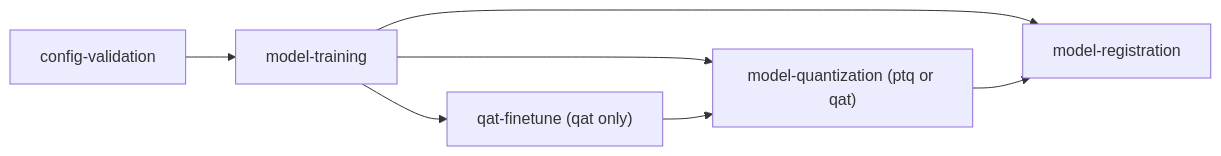
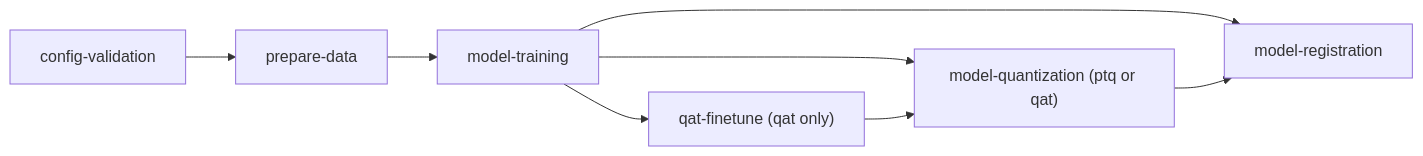
One commit to novelcore/yolo-pipelines-template changed the diagram in docs/index.md. Above: the diagram before and after it, drawn with Mermaid. The commit also changed other lines of this file and 96 other files, not shown here.

First line of the commit message:
feat!: the yolo template on the step contract; prepare-data writes the first dataset (PRD kaos#1911 F-06, F-14)

````diff
--- a/docs/index.md
+++ b/docs/index.md
@@ -26,9 +26,10 @@
 ```mermaid
 graph LR
-    A["config-validation"] --> C["model-training"]
+    A["config-validation"] --> P["prepare-data"]
+    P --> C["model-training"]
     C --> D["qat-finetune (qat only)"]
     C --> E["model-quantization (ptq or qat)"]
     D --> E
     C --> F["model-registration"]
     E --> F
 ```
````
